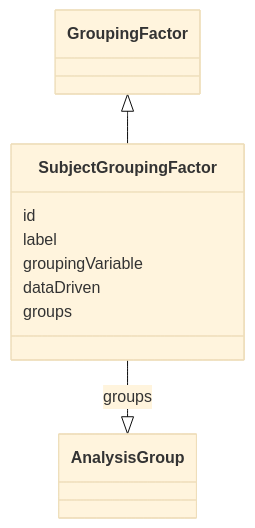
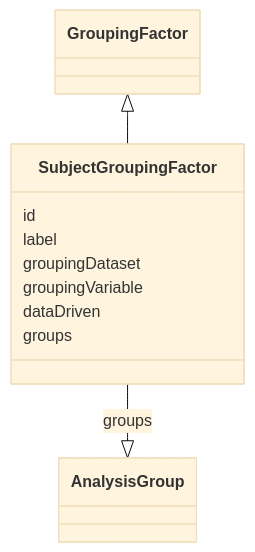
Before and after one commit to cdisc-org/analysis-results-standard: the diagram in project/docs/SubjectGroupingFactor.md, drawn with Mermaid (base theme). The commit also changed other lines of this file and 132 other files, not shown here.

````diff
--- a/project/docs/SubjectGroupingFactor.md
+++ b/project/docs/SubjectGroupingFactor.md
@@ -13,13 +13,14 @@
 ```mermaid
  classDiagram
     class SubjectGroupingFactor
       GroupingFactor <|-- SubjectGroupingFactor
 
       SubjectGroupingFactor : id
         SubjectGroupingFactor : label
+        SubjectGroupingFactor : groupingDataset
         SubjectGroupingFactor : groupingVariable
         SubjectGroupingFactor : dataDriven
         SubjectGroupingFactor : groups
         SubjectGroupingFactor --|> AnalysisGroup : groups
         
 ```
````
